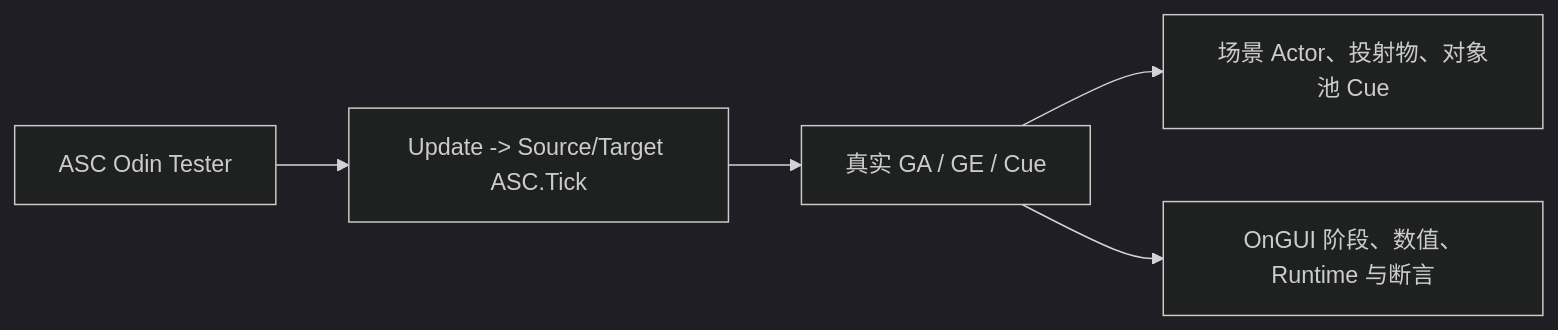
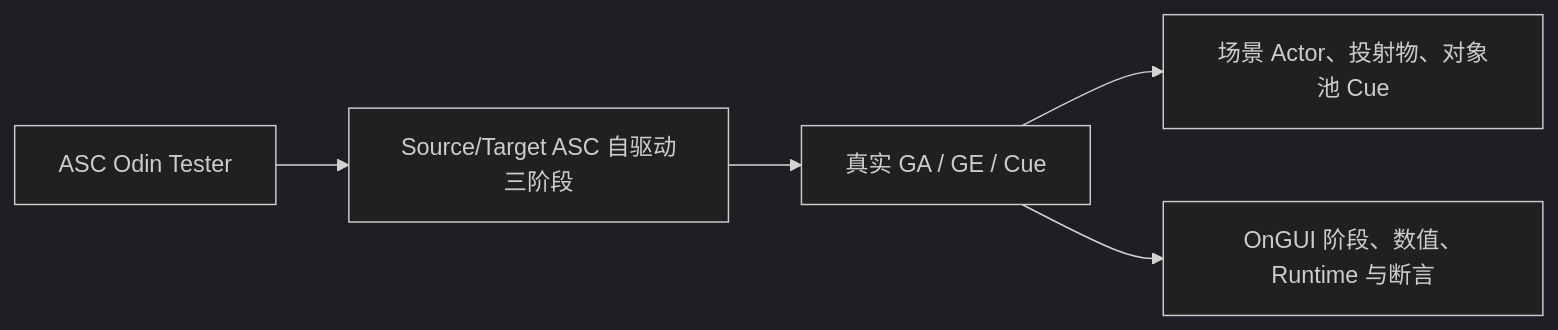
Before and after one commit to Whitesheeeep/3DRPG: diagram 12 of 13 in Assets/GAS_Light/设计md/GameplayAbilityGameplay.md, drawn with Mermaid (dark theme). The commit also changed other lines of this file and 75 other files, not shown here.

````diff
--- a/Assets/GAS_Light/设计md/GameplayAbilityGameplay.md
+++ b/Assets/GAS_Light/设计md/GameplayAbilityGameplay.md
@@ -404,7 +404,7 @@
 ```mermaid
 flowchart LR
-    Tester["ASC Odin Tester"] --> Tick["Update -> Source/Target ASC.Tick"]
+    Tester["ASC Odin Tester"] --> Tick["Source/Target ASC 自驱动三阶段"]
     Tick --> Runtime["真实 GA / GE / Cue"]
     Runtime --> Scene["场景 Actor、投射物、对象池 Cue"]
     Runtime --> Panel["OnGUI 阶段、数值、Runtime 与断言"]
 ```
````
